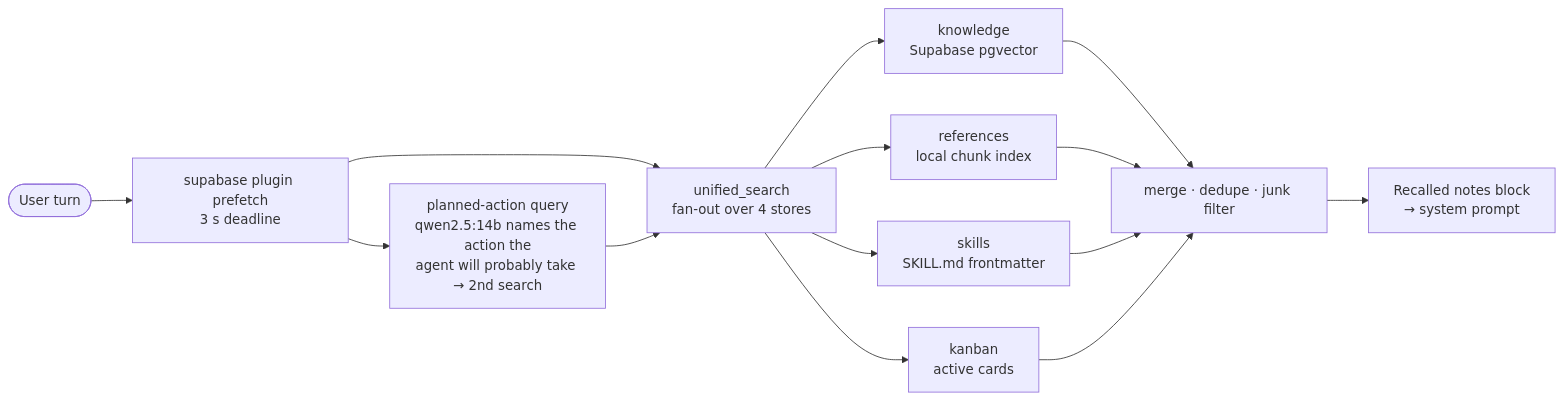
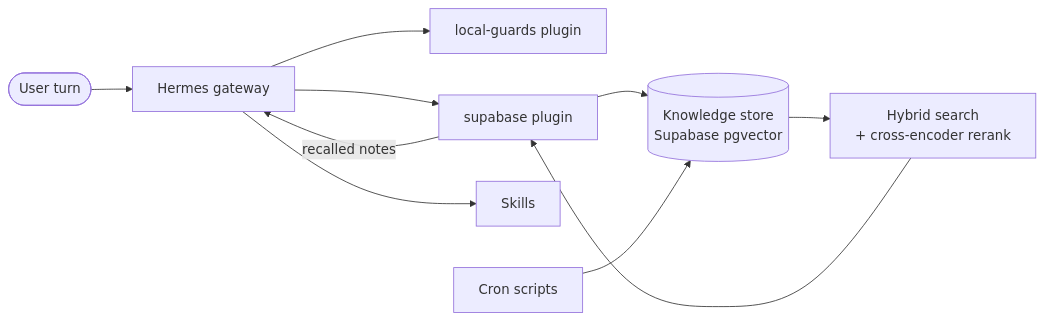
Before and after one commit to andrewalhaj/custom-hermesagent: the diagram in README.md, drawn with Mermaid. The commit also changed other lines of this file and 210 other files, not shown here.

````diff
--- a/README.md
+++ b/README.md
@@ -57,16 +32,12 @@
 ```mermaid
 flowchart LR
-    Q([User turn]) --> P["supabase plugin prefetch\n3 s deadline"]
-    P --> A["planned-action query\nqwen2.5:14b names the action the\nagent will probably take → 2nd search"]
-    P --> US["unified_search\nfan-out over 4 stores"]
-    A --> US
-    US --> K["knowledge\nSupabase pgvector"]
-    US --> R["references\nlocal chunk index"]
-    US --> S["skills\nSKILL.md frontmatter"]
-    US --> KB["kanban\nactive cards"]
-    K --> M["merge · dedupe · junk filter"]
+    U([User turn]) --> GW[Hermes gateway]
+    GW --> G[local-guards plugin]
+    GW --> M[supabase plugin]
+    GW --> S[Skills]
+    M --> K[(Knowledge store\nSupabase pgvector)]
+    C[Cron scripts] --> K
+    K --> R[Hybrid search\n+ cross-encoder rerank]
     R --> M
-    S --> M
-    KB --> M
-    M --> INJ["Recalled notes block\n→ system prompt"]
+    M -->|recalled notes| GW
 ```
````
